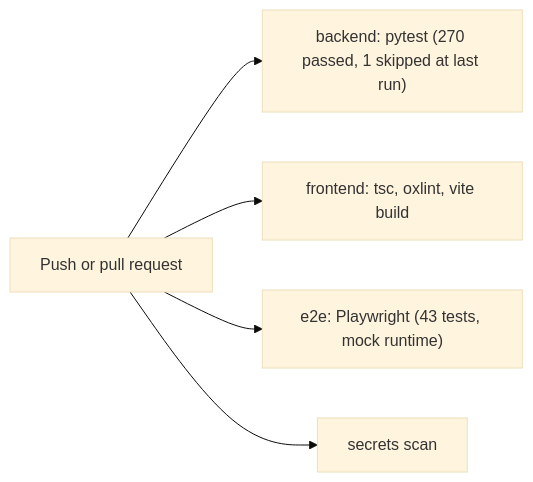
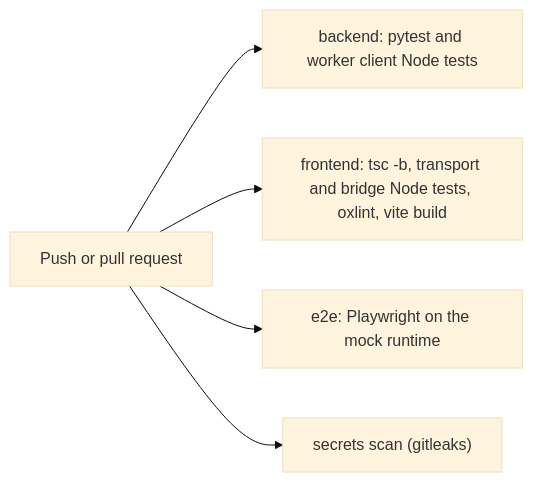
One commit to yossefbehairy/Loqman changed the fourth of 4 diagrams in README.md. Above: the diagram before and after it, drawn with Mermaid (base theme). The commit also changed other lines of this file and 7 other files, not shown here.

````diff
--- a/README.md
+++ b/README.md
@@ -190,7 +196,7 @@
 ```mermaid
 flowchart LR
-    Push["Push or pull request"] --> Backend["backend: pytest (270 passed, 1 skipped at last run)"]
-    Push --> Frontend["frontend: tsc, oxlint, vite build"]
-    Push --> E2E["e2e: Playwright (43 tests, mock runtime)"]
-    Push --> Scan["secrets scan"]
+    Push["Push or pull request"] --> Backend["backend: pytest and worker client Node tests"]
+    Push --> Frontend["frontend: tsc -b, transport and bridge Node tests, oxlint, vite build"]
+    Push --> E2E["e2e: Playwright on the mock runtime"]
+    Push --> Scan["secrets scan (gitleaks)"]
 ```
````
